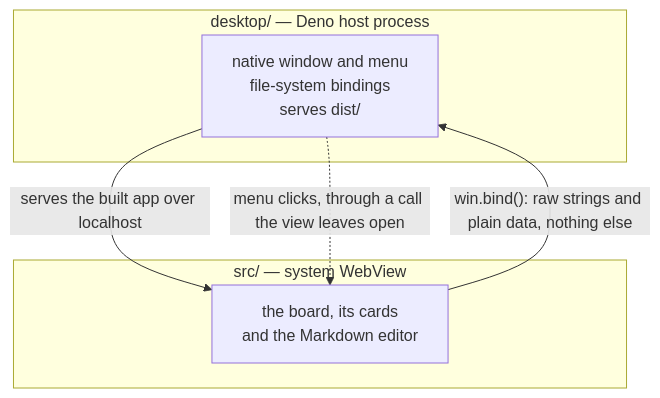
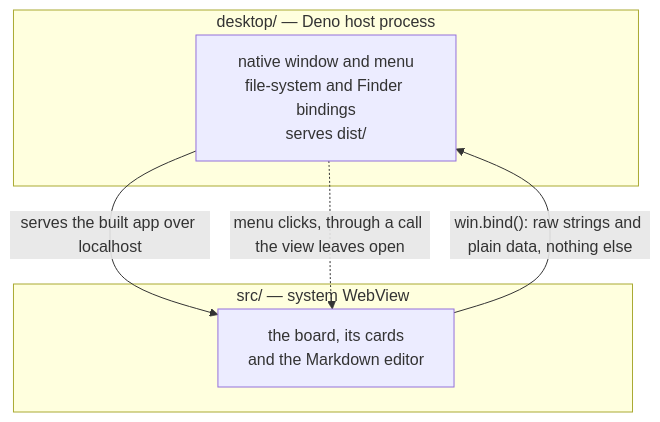
Before and after one commit to ytakahashi/facet: the diagram in ARCHITECTURE.md, drawn with Mermaid. The commit also changed other lines of this file and 20 other files, not shown here.

Commit message:
feat: add reveal in finder and a board context menu (#33)

````diff
--- a/ARCHITECTURE.md
+++ b/ARCHITECTURE.md
@@ -17,12 +17,12 @@
 ```mermaid
 flowchart TB
   subgraph host["desktop/ — Deno host process"]
-    H["native window and menu<br>file-system bindings<br>serves dist/"]
+    H["native window and menu<br>file-system and Finder bindings<br>serves dist/"]
   end
   subgraph view["src/ — system WebView"]
     V["the board, its cards<br>and the Markdown editor"]
   end
   H -- "serves the built app over localhost" --> V
   V -- "win.bind(): raw strings and plain data, nothing else" --> H
   H -. "menu clicks, through a call the view leaves open" .-> V
 ```
````
